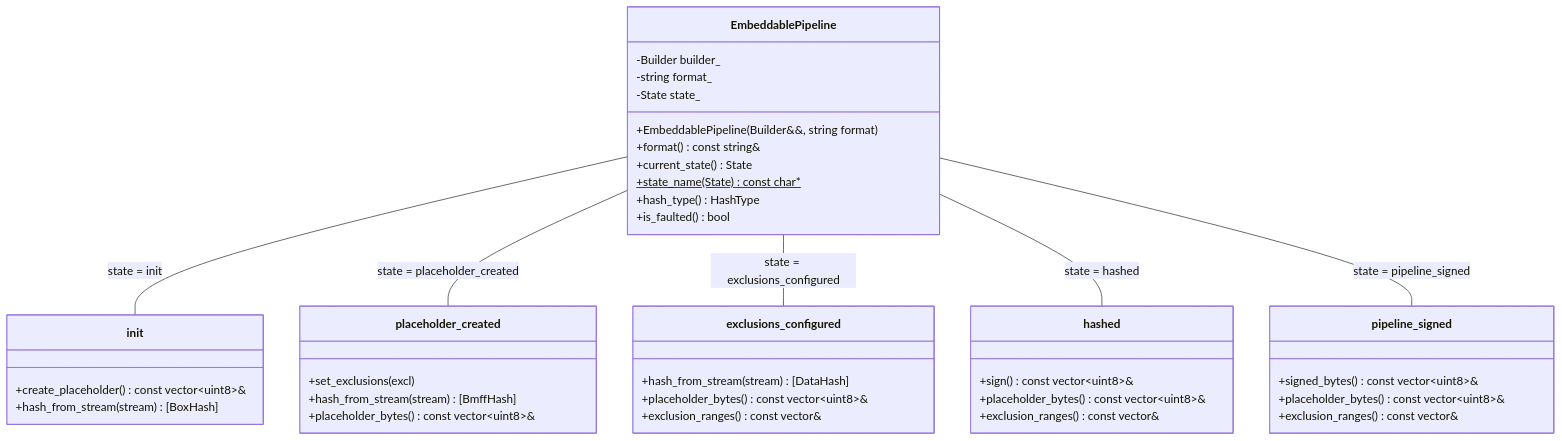
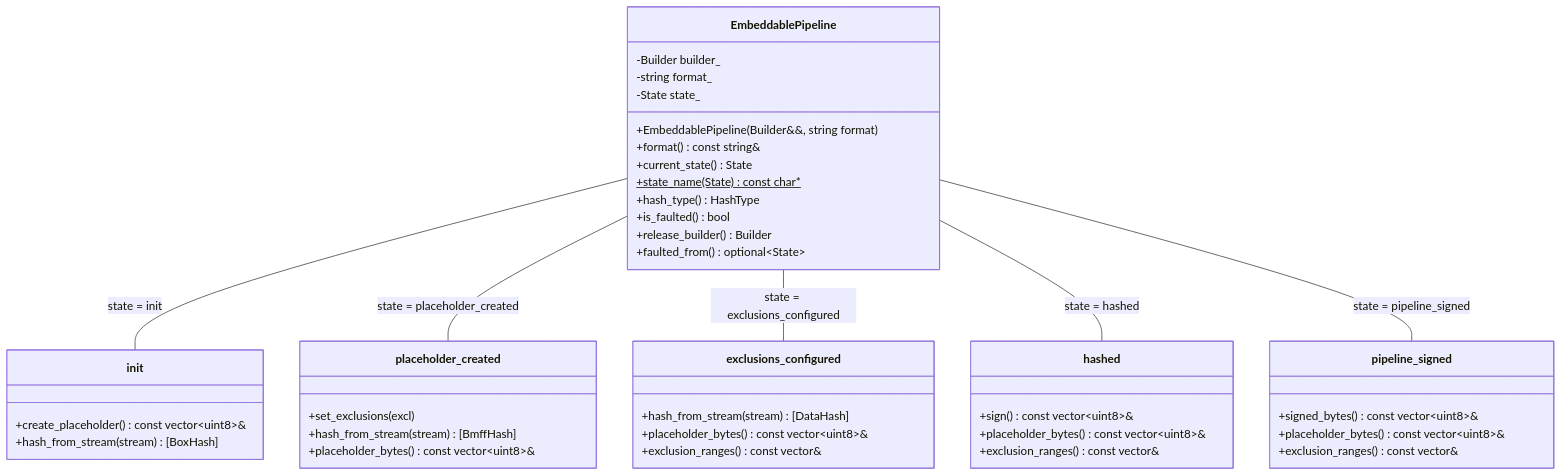
Before and after one commit to contentauth/c2pa-c: the eighth of 8 diagrams in docs/embeddable-api.md, drawn with Mermaid. The commit also changed other lines of this file and 3 other files, not shown here.

````diff
--- a/docs/embeddable-api.md
+++ b/docs/embeddable-api.md
@@ -583,49 +594,51 @@
 ```mermaid
 classDiagram
     class EmbeddablePipeline {
         -Builder builder_
         -string format_
         -State state_
         +EmbeddablePipeline(Builder&&, string format)
         +format() const string&
         +current_state() State
         +state_name(State) const char*$
         +hash_type() HashType
         +is_faulted() bool
+        +release_builder() Builder
+        +faulted_from() optional~State~
     }
 
     class init {
         +create_placeholder() const vector~uint8~&
         +hash_from_stream(stream) [BoxHash]
     }
 
     class placeholder_created {
         +set_exclusions(excl)
         +hash_from_stream(stream) [BmffHash]
         +placeholder_bytes() const vector~uint8~&
     }
 
     class exclusions_configured {
         +hash_from_stream(stream) [DataHash]
         +placeholder_bytes() const vector~uint8~&
         +exclusion_ranges() const vector&
     }
 
     class hashed {
         +sign() const vector~uint8~&
         +placeholder_bytes() const vector~uint8~&
         +exclusion_ranges() const vector&
     }
 
     class pipeline_signed {
         +signed_bytes() const vector~uint8~&
         +placeholder_bytes() const vector~uint8~&
         +exclusion_ranges() const vector&
     }
 
     EmbeddablePipeline -- init : state = init
     EmbeddablePipeline -- placeholder_created : state = placeholder_created
     EmbeddablePipeline -- exclusions_configured : state = exclusions_configured
     EmbeddablePipeline -- hashed : state = hashed
     EmbeddablePipeline -- pipeline_signed : state = pipeline_signed
 ```
````
